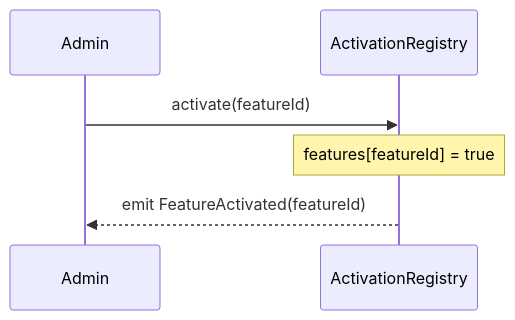
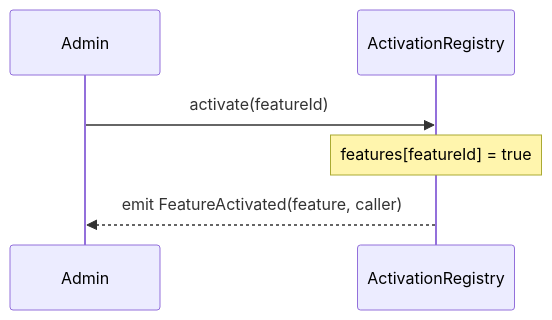
The first of 2 diagrams in docs/ActivationRegistry/README.md (base/base-std), drawn with Mermaid before and after one commit. The commit also changed other lines of this file and 4 other files, not shown here.

````diff
--- a/docs/ActivationRegistry/README.md
+++ b/docs/ActivationRegistry/README.md
@@ -24,9 +23,9 @@
 ```mermaid
 sequenceDiagram
     participant Admin
     participant ActivationRegistry
 
     Admin->>ActivationRegistry: activate(featureId)
     Note over ActivationRegistry: features[featureId] = true
-    ActivationRegistry-->>Admin: emit FeatureActivated(featureId)
+    ActivationRegistry-->>Admin: emit FeatureActivated(feature, caller)
 ```
````
